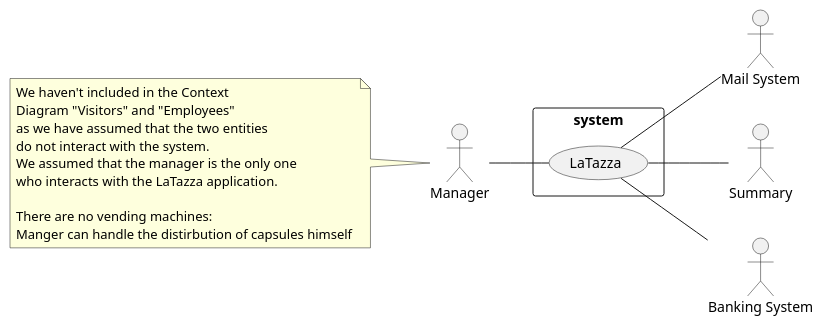
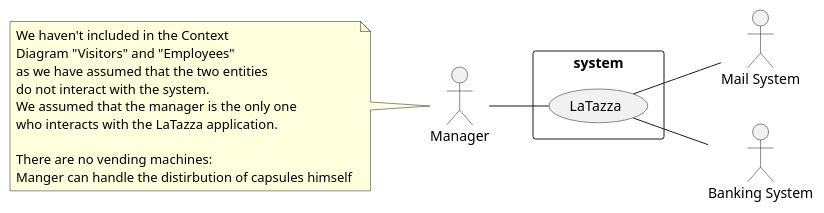
One commit to DarkSee/LaTazza changed the first of 4 diagrams in templates/RequirementsTemplate.md. Above: the diagram before and after it, drawn with PlantUML. The commit also changed other lines of this file, not shown here.

Commit message:
Removed summary as actor

````diff
--- a/templates/RequirementsTemplate.md
+++ b/templates/RequirementsTemplate.md
@@ -47,33 +46,31 @@
 ```plantuml
 left to right direction
 skinparam packageStyle rectangle
 
 actor Manager as M
 note left
         We haven't included in the Context
         Diagram "Visitors" and "Employees" 
         as we have assumed that the two entities
         do not interact with the system.
         We assumed that the manager is the only one
         who interacts with the LaTazza application.
         
         There are no vending machines:
         Manger can handle the distirbution of capsules himself 
 end note
 
 actor "Mail System" as MS
-actor Summary as S
 actor "Banking System" as BS
 
 
 rectangle system {
   (LaTazza) as LT
    M -- LT
-   LT -- S
    LT -- MS
    LT -- BS
     
 }
 
 
 ```
````
